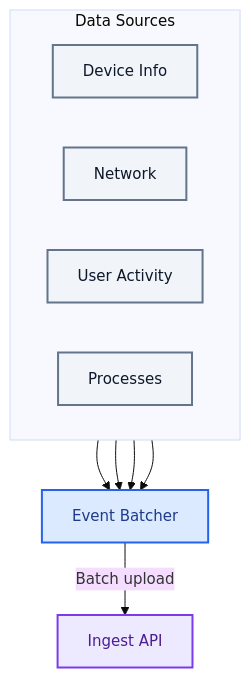
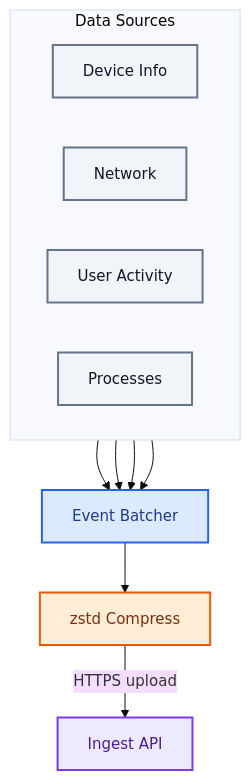
One commit to TrustEdgeOrg/TrustEdge-Agent changed the first of 2 diagrams in docs/collection.md. Above: the diagram before and after it, drawn with Mermaid. The commit also changed 2 other files, not shown here.

Commit message:
Add zstd compression step to documentation flow diagrams.
Show Compress between Batch and Send in README and architecture docs, with matching stage table entries.

````diff
--- a/docs/collection.md
+++ b/docs/collection.md
@@ -11,28 +11,32 @@
 ```mermaid
 %%{init: {'theme': 'base', 'themeVariables': {'fontSize': '15px', 'fontFamily': 'arial'}}}%%
 flowchart TB
     subgraph SRC ["Data Sources"]
         direction LR
         D1["Device Info"]
         D2["Network"]
         D3["User Activity"]
         D4["Processes"]
     end
 
     BAT["Event Batcher"]
+    ZIP["zstd Compress"]
     API["Ingest API"]
 
     D1 --> BAT
     D2 --> BAT
     D3 --> BAT
     D4 --> BAT
-    BAT -->|Batch upload| API
+    BAT --> ZIP
+    ZIP -->|HTTPS upload| API
 
     classDef source fill:#F1F5F9,stroke:#64748B,stroke-width:2px,color:#0F172A
     classDef batch fill:#DBEAFE,stroke:#2563EB,stroke-width:2px,color:#1E3A8A
+    classDef compress fill:#FFEDD5,stroke:#EA580C,stroke-width:2px,color:#7C2D12
     classDef api fill:#EDE9FE,stroke:#7C3AED,stroke-width:2px,color:#4C1D95
 
     class D1,D2,D3,D4 source
     class BAT batch
+    class ZIP compress
     class API api
 ```
````
